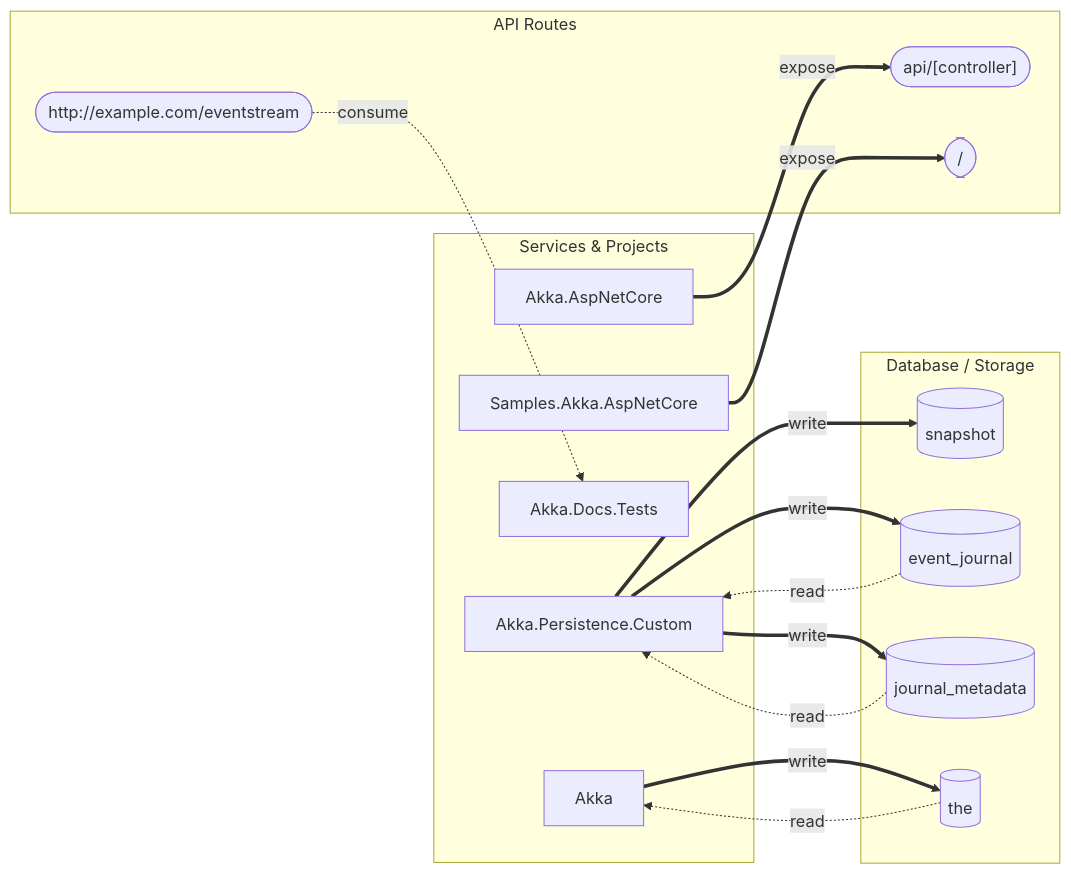
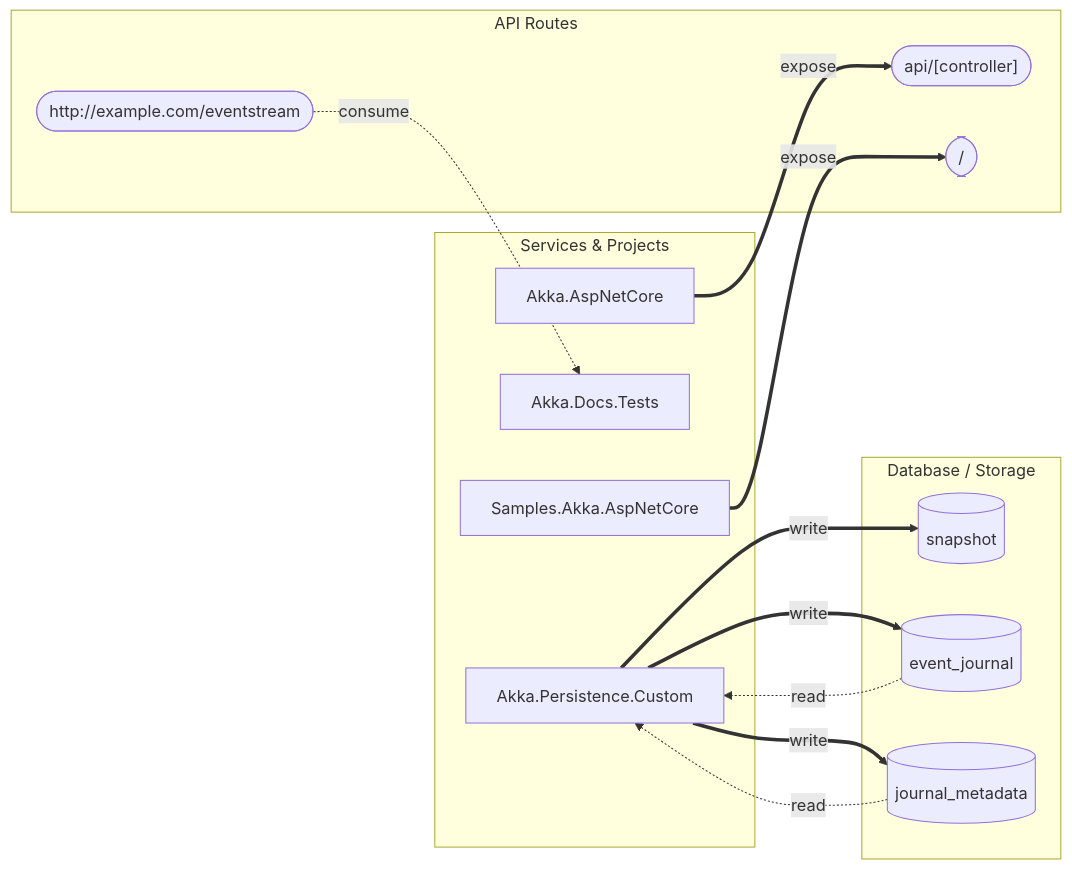
The diagram in output-akkanet/docs/diagrams/data-flow.mmd (GanizaniSitara/tools-static-analysis), drawn with Mermaid before and after one commit. The commit also changed 29 other files, not shown here.

```diff
--- a/output-akkanet/docs/diagrams/data-flow.mmd
+++ b/output-akkanet/docs/diagrams/data-flow.mmd
@@ -1,29 +1,25 @@
 graph LR
     subgraph Projects["Services & Projects"]
-        Akka["Akka"]
         Akka_AspNetCore["Akka.AspNetCore"]
         Akka_Docs_Tests["Akka.Docs.Tests"]
         Akka_Persistence_Custom["Akka.Persistence.Custom"]
         Samples_Akka_AspNetCore["Samples.Akka.AspNetCore"]
     end
     subgraph Database["Database / Storage"]
         table_snapshot[("snapshot")]
         table_event_journal[("event_journal")]
         table_journal_metadata[("journal_metadata")]
-        table_the[("the")]
     end
     subgraph APIs["API Routes"]
         route_api__controller_(["api/[controller]"])
         route__(["/"])
         url_http___example_com_eventstream(["http://example.com/eventstream"])
     end
     Akka_Persistence_Custom ==>|write| table_snapshot
     Akka_Persistence_Custom ==>|write| table_event_journal
     table_event_journal -.->|read| Akka_Persistence_Custom
     Akka_Persistence_Custom ==>|write| table_journal_metadata
     table_journal_metadata -.->|read| Akka_Persistence_Custom
-    Akka ==>|write| table_the
-    table_the -.->|read| Akka
     Akka_AspNetCore ==>|expose| route_api__controller_
     Samples_Akka_AspNetCore ==>|expose| route__
     url_http___example_com_eventstream -.->|consume| Akka_Docs_Tests
```
